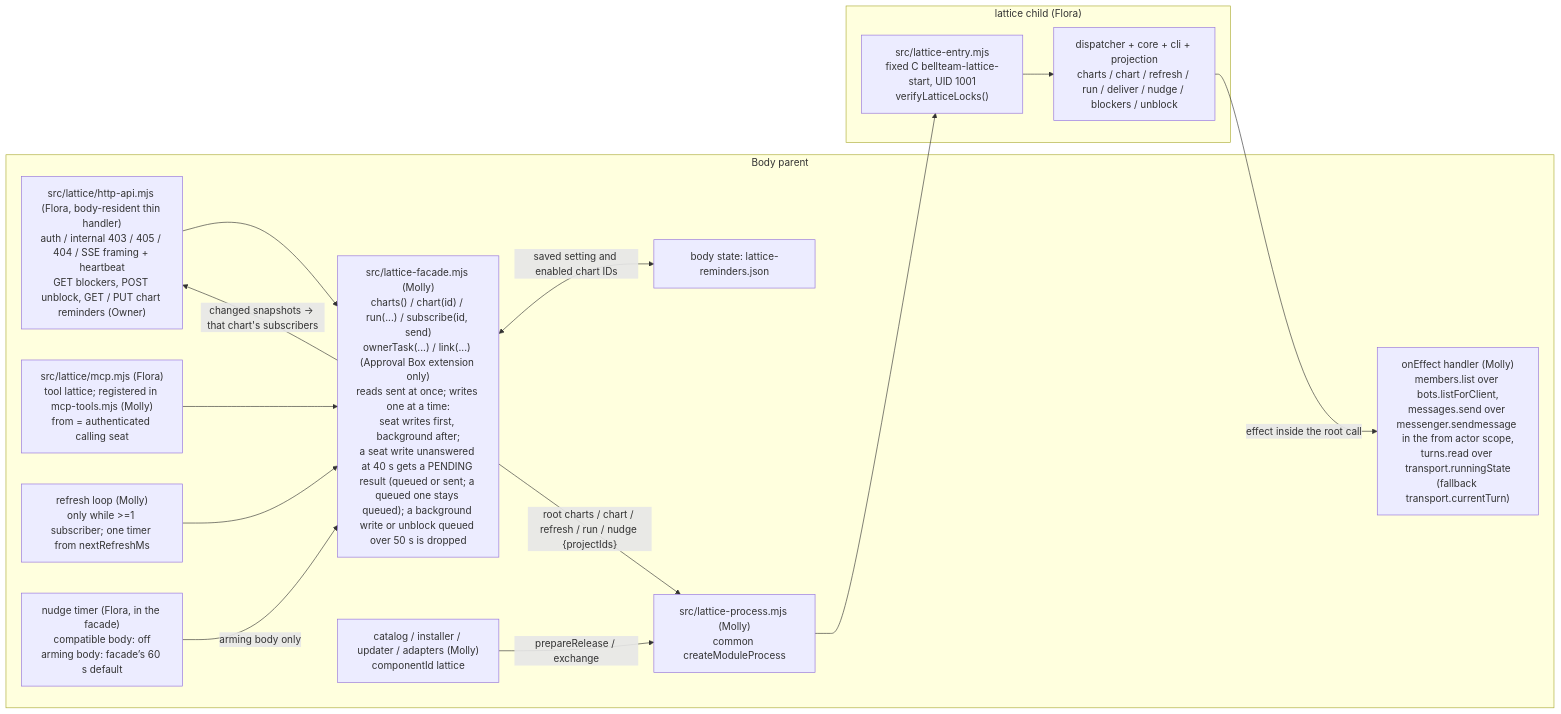
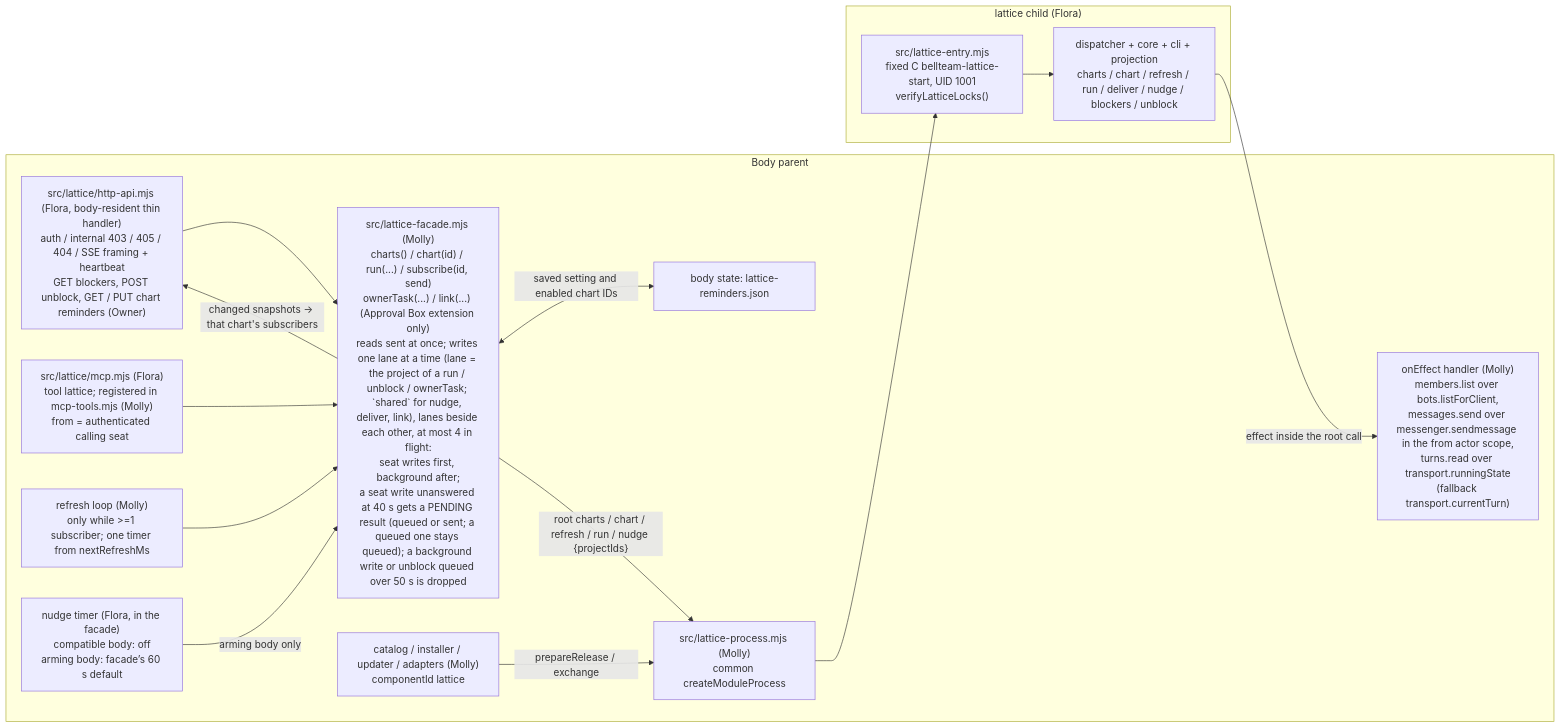
One commit to kitepon/BellTeam changed the diagram in docs/architecture/modules/runtime/lattice-child.md. Above: the diagram before and after it, drawn with Mermaid. The commit also changed other lines of this file and 7 other files, not shown here.

First line of the commit message:
Lattice writes: one lane per project, so one slow chart no longer holds every edit (f20)

````diff
--- a/docs/architecture/modules/runtime/lattice-child.md
+++ b/docs/architecture/modules/runtime/lattice-child.md
@@ -7,28 +7,28 @@
 ```mermaid
 flowchart LR
   subgraph Parent["Body parent"]
     Route["src/lattice/http-api.mjs (Flora, body-resident thin handler)<br/>auth / internal 403 / 405 / 404 / SSE framing + heartbeat<br/>GET blockers, POST unblock, GET / PUT chart reminders (Owner)"]
     Tool["src/lattice/mcp.mjs (Flora)<br/>tool lattice; registered in mcp-tools.mjs (Molly)<br/>from = authenticated calling seat"]
-    Facade["src/lattice-facade.mjs (Molly)<br/>charts() / chart(id) / run(...) / subscribe(id, send)<br/>ownerTask(...) / link(...) (Approval Box extension only)<br/>reads sent at once; writes one at a time:<br/>seat writes first, background after;<br/>a seat write unanswered at 40 s gets a PENDING result (queued or sent; a queued one stays queued); a background write or unblock queued over 50 s is dropped"]
+    Facade["src/lattice-facade.mjs (Molly)<br/>charts() / chart(id) / run(...) / subscribe(id, send)<br/>ownerTask(...) / link(...) (Approval Box extension only)<br/>reads sent at once; writes one lane at a time (lane = the project of a run / unblock / ownerTask; `shared` for nudge, deliver, link), lanes beside each other, at most 4 in flight:<br/>seat writes first, background after;<br/>a seat write unanswered at 40 s gets a PENDING result (queued or sent; a queued one stays queued); a background write or unblock queued over 50 s is dropped"]
     Loop["refresh loop (Molly)<br/>only while >=1 subscriber; one timer from nextRefreshMs"]
     Nudge["nudge timer (Flora, in the facade)<br/>compatible body: off<br/>arming body: facade’s 60 s default"]
     Settings["body state: lattice-reminders.json"]
     Proc["src/lattice-process.mjs (Molly)<br/>common createModuleProcess"]
     Ports["onEffect handler (Molly)<br/>members.list over bots.listForClient,<br/>messages.send over messenger.sendmessage in the from actor scope,<br/>turns.read over transport.runningState<br/>(fallback transport.currentTurn)"]
     Update["catalog / installer / updater / adapters (Molly)<br/>componentId lattice"]
   end
   subgraph Child["lattice child (Flora)"]
     Entry["src/lattice-entry.mjs<br/>fixed C bellteam-lattice-start, UID 1001<br/>verifyLatticeLocks()"]
     Disp["dispatcher + core + cli + projection<br/>charts / chart / refresh / run / deliver / nudge / blockers / unblock"]
   end
   Route --> Facade
   Tool --> Facade
   Loop --> Facade
   Nudge -->|"arming body only"| Facade
   Facade <-->|"saved setting and enabled chart IDs"| Settings
   Facade -->|"root charts / chart / refresh / run / nudge {projectIds}"| Proc
   Proc --> Entry --> Disp
   Disp -->|"effect inside the root call"| Ports
   Facade -->|"changed snapshots → that chart's subscribers"| Route
   Update -->|"prepareRelease / exchange"| Proc
 ```
````
